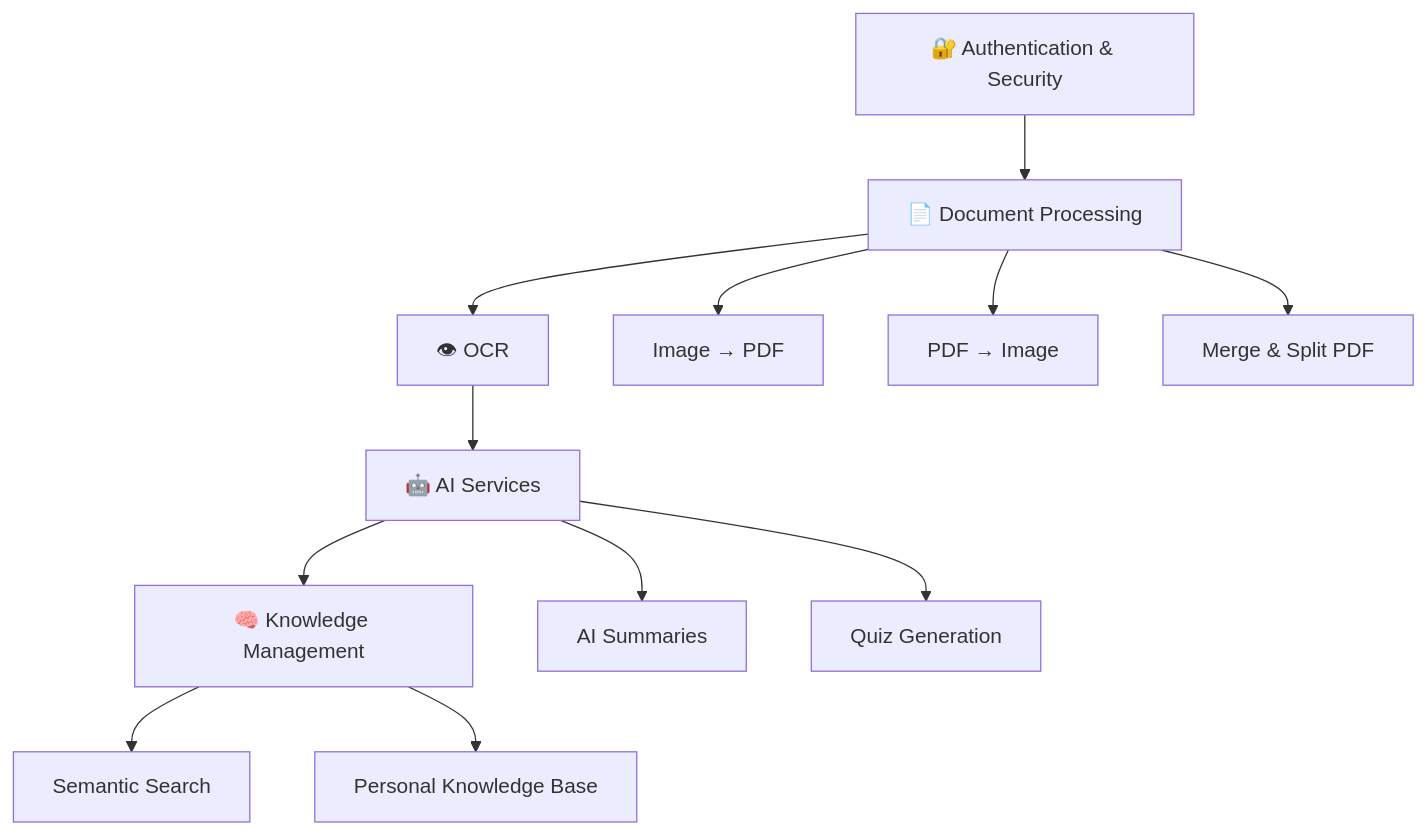
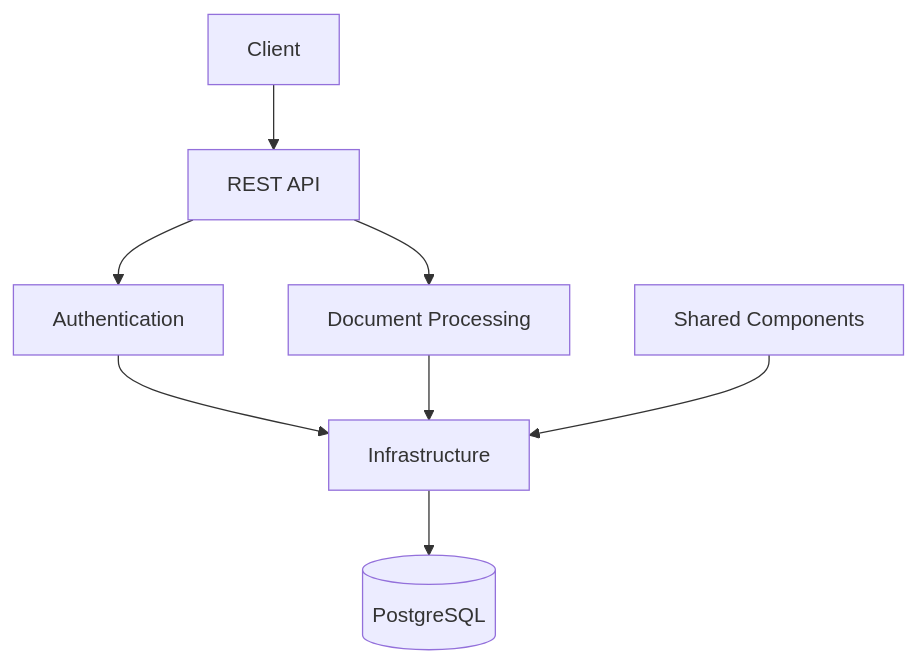
The diagram in README.md (Timely-Position463/productivity-platform), drawn with Mermaid before and after one commit. The commit also changed other lines of this file and 18 other files, not shown here.

````diff
--- a/README.md
+++ b/README.md
@@ -148,17 +181,20 @@
 ```mermaid
 flowchart TD
-    A[🔐 Authentication & Security] --> B[📄 Document Processing]
-    B --> C[👁 OCR]
-    C --> D[🤖 AI Services]
-    D --> E[🧠 Knowledge Management]
+    Client[Client]
+    API[REST API]
 
-    B --> B1[Image → PDF]
-    B --> B2[PDF → Image]
-    B --> B3[Merge & Split PDF]
+    Auth[Authentication]
+    Utility[Document Processing]
+    Shared[Shared Components]
 
-    D --> D1[AI Summaries]
-    D --> D2[Quiz Generation]
+    Infra[Infrastructure]
+    DB[(PostgreSQL)]
 
-    E --> E1[Semantic Search]
-    E --> E2[Personal Knowledge Base]
+    Client --> API
+    API --> Auth
+    API --> Utility
+    Auth --> Infra
+    Utility --> Infra
+    Shared --> Infra
+    Infra --> DB
 ```
````
